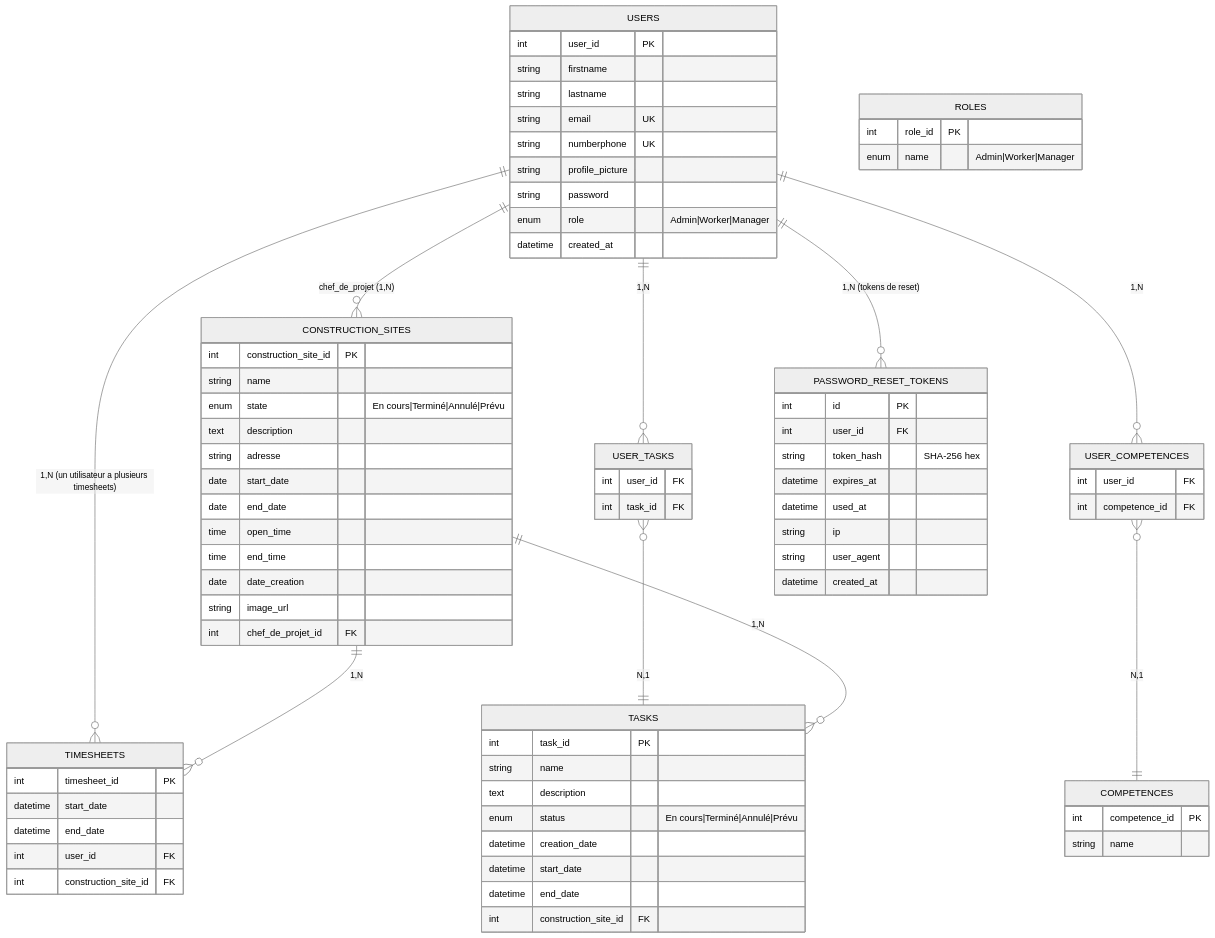
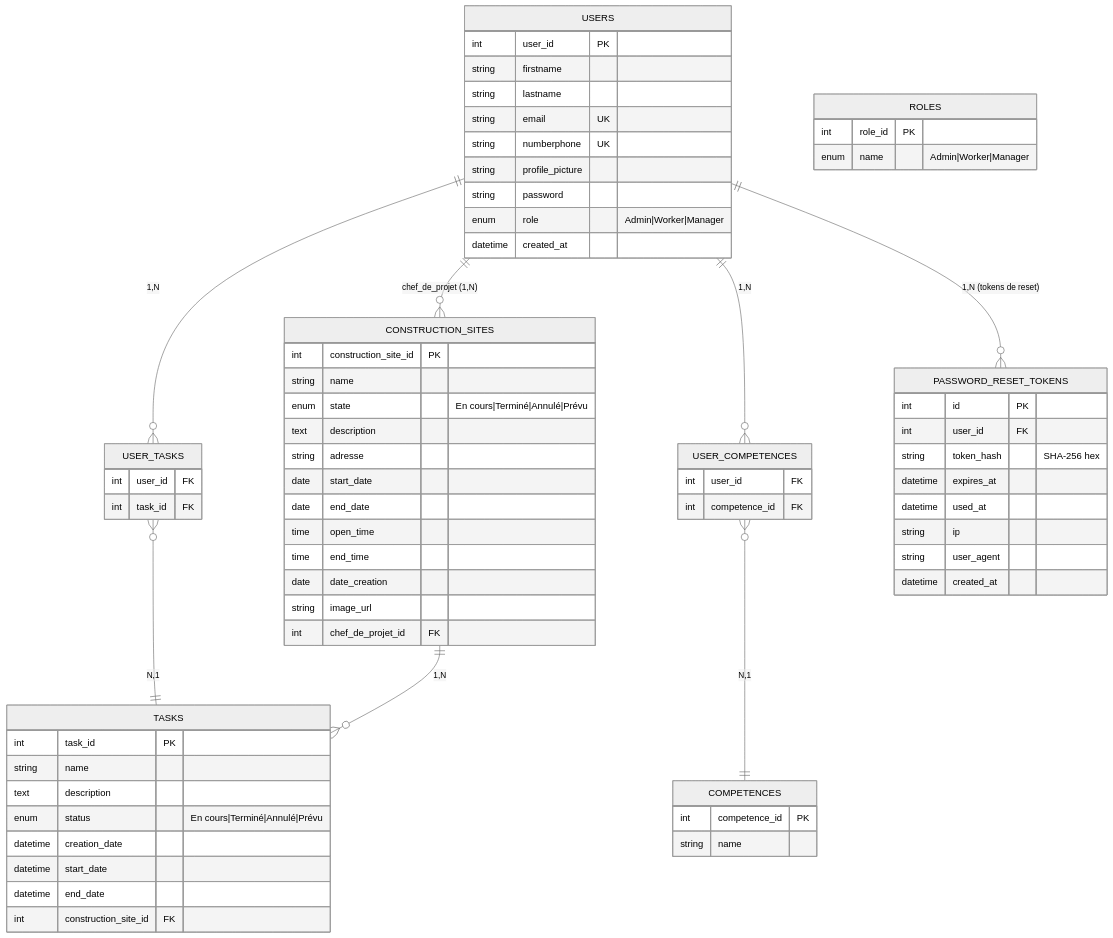
Before and after one commit to SmiledPolecat34/Edifis-Pro: the diagram in docs/merise.mmd, drawn with Mermaid (neutral theme). The commit also changed 57 other files, not shown here.

First line of the commit message:
Add stage report and update UML use cases; implement Cypress tests

```diff
--- a/docs/merise.mmd
+++ b/docs/merise.mmd
@@ -1,102 +1,95 @@
 %% MERISE — MCD/MLD/MPD (Mermaid ERD)
 %% Référence fonctionnelle: Edifis-Pro (Utilisateurs, Rôles, Tâches, Chantiers, Feuilles de temps, Compétences, Reset Tokens)
 
 erDiagram
   USERS {
     int user_id PK
     string firstname
     string lastname
     string email UK
     string numberphone UK
     string profile_picture
     string password
     enum role "Admin|Worker|Manager"
     datetime created_at
   }
 
   ROLES {
     int role_id PK
     enum name "Admin|Worker|Manager"
   }
 
   CONSTRUCTION_SITES {
     int construction_site_id PK
     string name
     enum state "En cours|Terminé|Annulé|Prévu"
     text description
     string adresse
     date start_date
     date end_date
     time open_time
     time end_time
     date date_creation
     string image_url
     int chef_de_projet_id FK
   }
 
   TASKS {
     int task_id PK
     string name
     text description
     enum status "En cours|Terminé|Annulé|Prévu"
     datetime creation_date
     datetime start_date
     datetime end_date
     int construction_site_id FK
   }
 
-  TIMESHEETS {
-    int timesheet_id PK
-    datetime start_date
-    datetime end_date
-    int user_id FK
-    int construction_site_id FK
-  }
+  
 
   COMPETENCES {
     int competence_id PK
     string name
   }
 
   USER_TASKS {
     int user_id FK
     int task_id FK
   }
 
   USER_COMPETENCES {
     int user_id FK
     int competence_id FK
   }
 
   PASSWORD_RESET_TOKENS {
     int id PK
     int user_id FK
     string token_hash "SHA-256 hex"
     datetime expires_at
     datetime used_at
     string ip
     string user_agent
     datetime created_at
   }
 
   %% Associations (MCD)
-  USERS ||--o{ TIMESHEETS : "1,N (un utilisateur a plusieurs timesheets)"
+  
   USERS ||--o{ USER_TASKS : "1,N"
   USER_TASKS }o--|| TASKS : "N,1"
   USERS ||--o{ USER_COMPETENCES : "1,N"
   USER_COMPETENCES }o--|| COMPETENCES : "N,1"
   CONSTRUCTION_SITES ||--o{ TASKS : "1,N"
-  CONSTRUCTION_SITES ||--o{ TIMESHEETS : "1,N"
+  
   USERS ||--o{ CONSTRUCTION_SITES : "chef_de_projet (1,N)"
   USERS ||--o{ PASSWORD_RESET_TOKENS : "1,N (tokens de reset)"
 
   %% Contraintes (MLD/MPD - textuelles)
   %% - USERS.email UNIQUE, USERS.numberphone UNIQUE
   %% - TASKS.construction_site_id REFERENCES CONSTRUCTION_SITES.construction_site_id
-  %% - TIMESHEETS.user_id REFERENCES USERS.user_id
-  %% - TIMESHEETS.construction_site_id REFERENCES CONSTRUCTION_SITES.construction_site_id
+  
   %% - USER_TASKS(user_id, task_id) PK composite, FKs vers USERS/TASKS
   %% - USER_COMPETENCES(user_id, competence_id) PK composite, FKs vers USERS/COMPETENCES
   %% - CONSTRUCTION_SITES.chef_de_projet_id REFERENCES USERS.user_id
   %% - PASSWORD_RESET_TOKENS.user_id REFERENCES USERS.user_id
   %% - PASSWORD_RESET_TOKENS.token_hash UNIQUE
```
